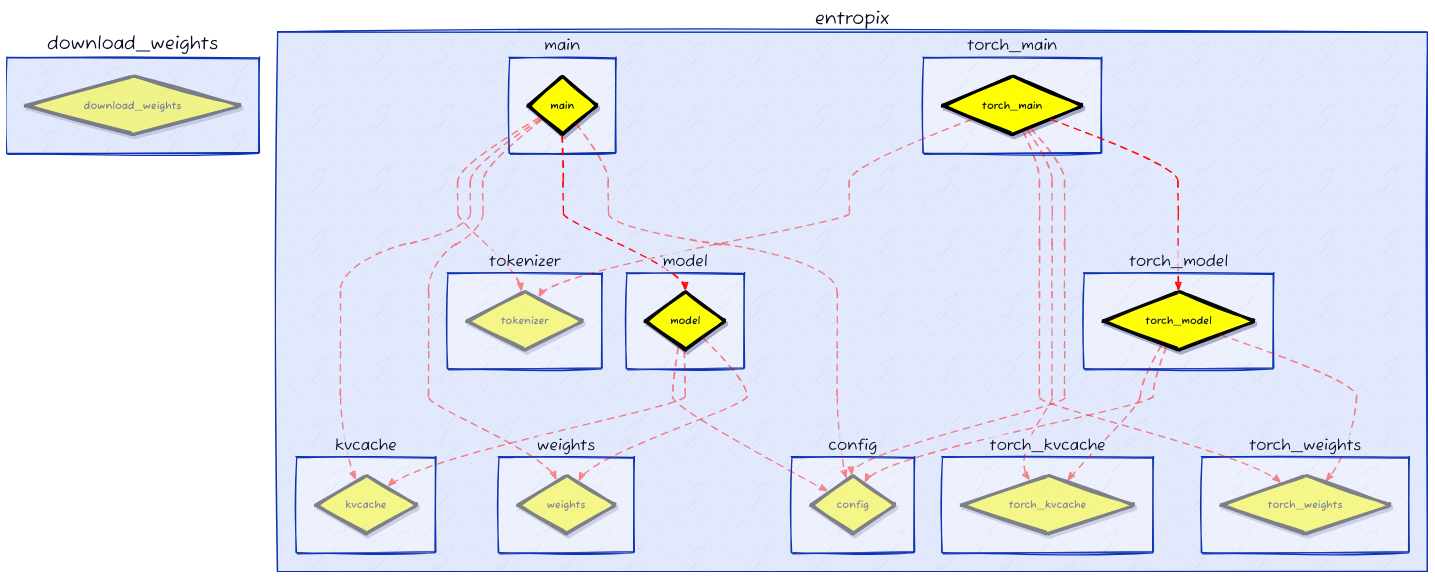
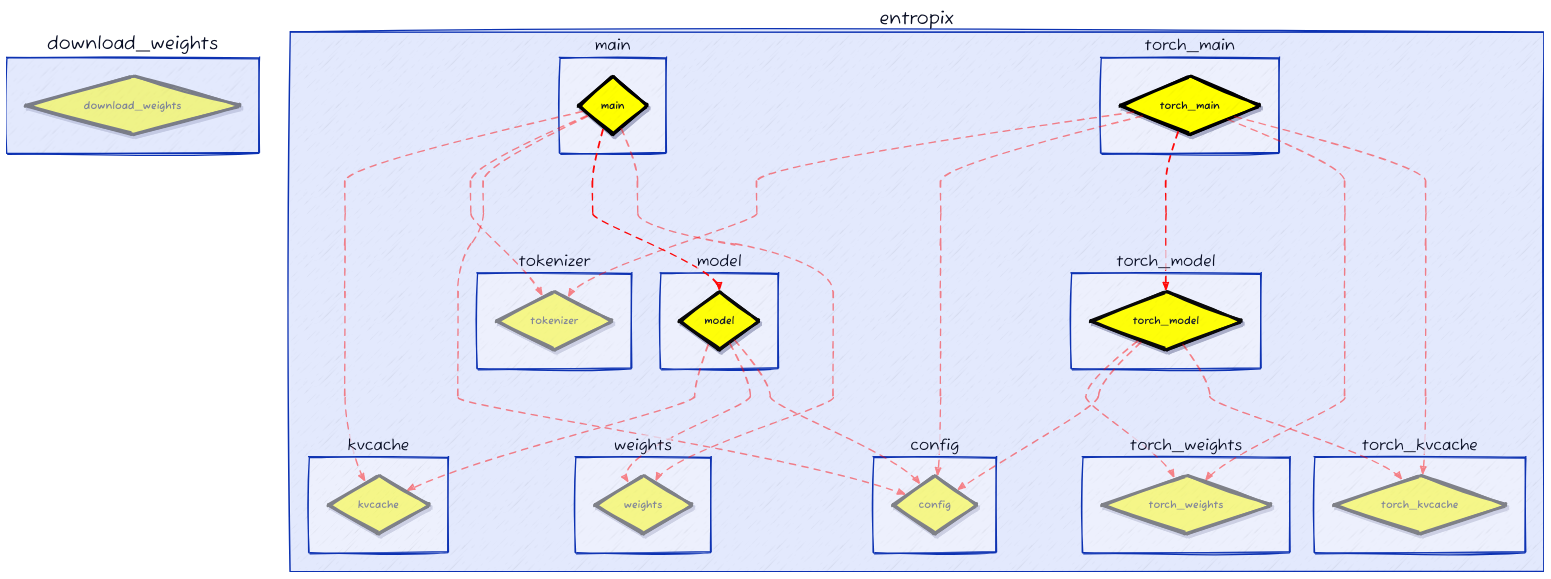
Before and after one commit to fangyuan-ksgk/heuristic-search: the diagram in eoh/d2_output/commit_4_progress_0.89.d2, drawn with D2. The commit also changed other lines of this file and 204 other files, not shown here.

```diff
--- a/eoh/d2_output/commit_4_progress_0.89.d2
+++ b/eoh/d2_output/commit_4_progress_0.89.d2
@@ -145,20 +145,6 @@
     shadow: true
   }
 }
-entropix.main.main -> entropix.tokenizer.tokenizer: {
-  style.stroke: red
-  style.opacity: 0.46
-  style.stroke-width: 2
-  style.stroke-dash: 5
-  style.animated: true
-}
-entropix.main.main -> entropix.kvcache.kvcache: {
-  style.stroke: red
-  style.opacity: 0.46
-  style.stroke-width: 2
-  style.stroke-dash: 5
-  style.animated: true
-}
 entropix.main.main -> entropix.weights.weights: {
   style.stroke: red
   style.opacity: 0.46
@@ -180,7 +166,28 @@
   style.stroke-dash: 5
   style.animated: true
 }
+entropix.main.main -> entropix.tokenizer.tokenizer: {
+  style.stroke: red
+  style.opacity: 0.46
+  style.stroke-width: 2
+  style.stroke-dash: 5
+  style.animated: true
+}
+entropix.main.main -> entropix.kvcache.kvcache: {
+  style.stroke: red
+  style.opacity: 0.46
+  style.stroke-width: 2
+  style.stroke-dash: 5
+  style.animated: true
+}
 entropix.model.model -> entropix.config.config: {
+  style.stroke: red
+  style.opacity: 0.46
+  style.stroke-width: 2
+  style.stroke-dash: 5
+  style.animated: true
+}
+entropix.model.model -> entropix.weights.weights: {
   style.stroke: red
   style.opacity: 0.46
   style.stroke-width: 2
@@ -194,14 +201,7 @@
   style.stroke-dash: 5
   style.animated: true
 }
-entropix.model.model -> entropix.weights.weights: {
-  style.stroke: red
-  style.opacity: 0.46
-  style.stroke-width: 2
-  style.stroke-dash: 5
-  style.animated: true
-}
-entropix.torch_main.torch_main -> entropix.tokenizer.tokenizer: {
+entropix.torch_main.torch_main -> entropix.torch_kvcache.torch_kvcache: {
   style.stroke: red
   style.opacity: 0.46
   style.stroke-width: 2
@@ -215,9 +215,9 @@
   style.stroke-dash: 5
   style.animated: true
 }
-entropix.torch_main.torch_main -> entropix.torch_kvcache.torch_kvcache: {
+entropix.torch_main.torch_main -> entropix.torch_model.torch_model: {
   style.stroke: red
-  style.opacity: 0.46
+  style.opacity: 0.96
   style.stroke-width: 2
   style.stroke-dash: 5
   style.animated: true
@@ -229,9 +229,9 @@
   style.stroke-dash: 5
   style.animated: true
 }
-entropix.torch_main.torch_main -> entropix.torch_model.torch_model: {
+entropix.torch_main.torch_main -> entropix.tokenizer.tokenizer: {
   style.stroke: red
-  style.opacity: 0.96
+  style.opacity: 0.46
   style.stroke-width: 2
   style.stroke-dash: 5
   style.animated: true
```
